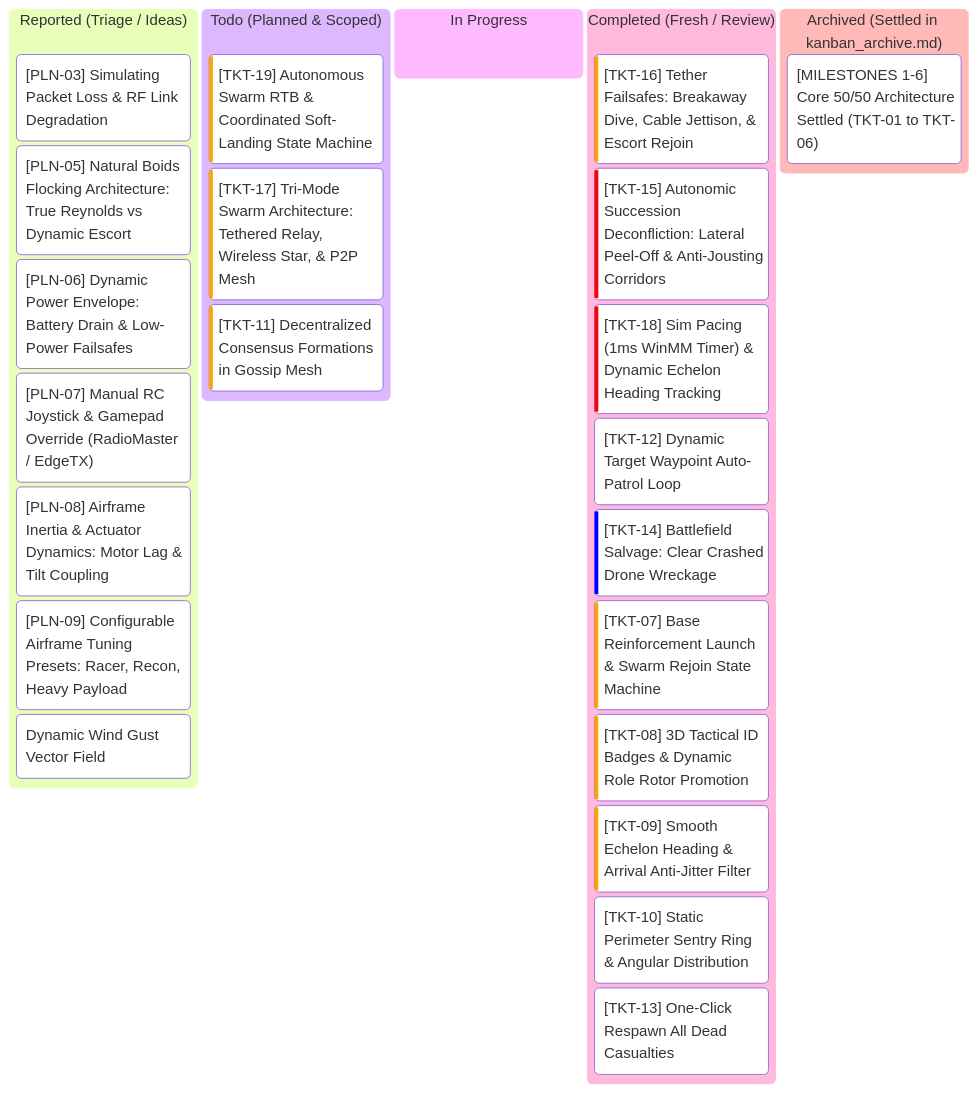
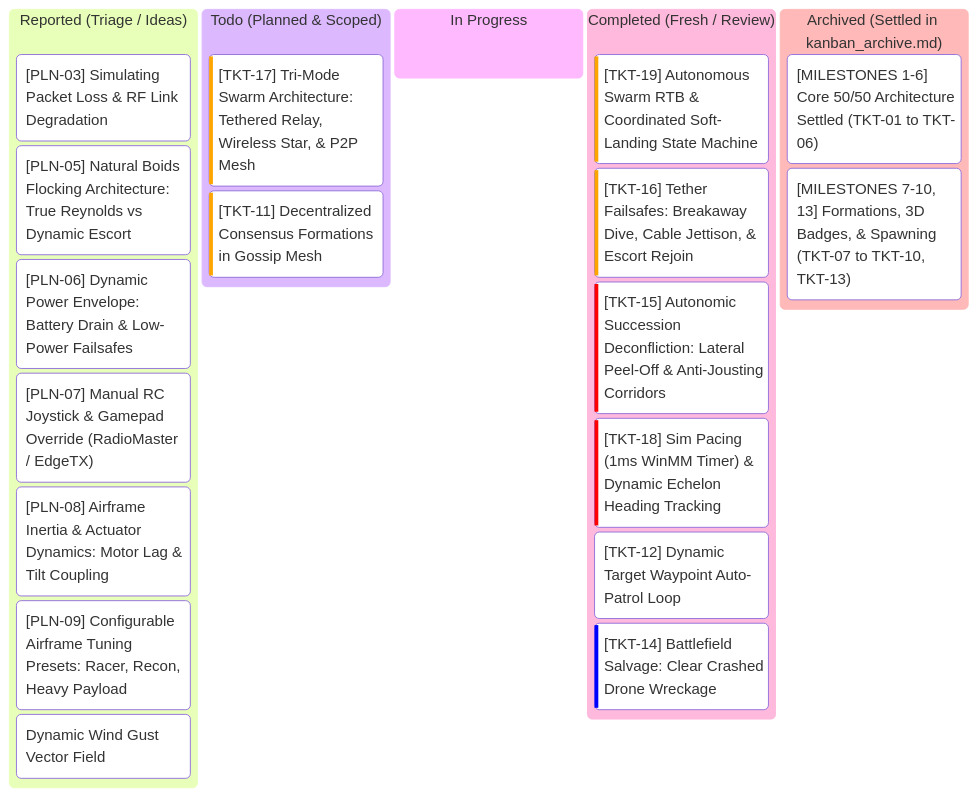
Before and after one commit to AlitheiaDeus/SwarmTech_v3-Uprising: the diagram in kanban.md, drawn with Mermaid. The commit also changed other lines of this file and 12 other files, not shown here.

First line of the commit message:
feat(recovery): implement TKT-19 autonomous swarm RTB and coordinated soft-landing

````diff
--- a/kanban.md
+++ b/kanban.md
@@ -7,29 +7,25 @@
 ```mermaid
 kanban
   reported["Reported (Triage / Ideas)"]
     pln3["[PLN-03] Simulating Packet Loss & RF Link Degradation"]
     pln5["[PLN-05] Natural Boids Flocking Architecture: True Reynolds vs Dynamic Escort"]
     pln6["[PLN-06] Dynamic Power Envelope: Battery Drain & Low-Power Failsafes"]
     pln7["[PLN-07] Manual RC Joystick & Gamepad Override (RadioMaster / EdgeTX)"]
     pln8["[PLN-08] Airframe Inertia & Actuator Dynamics: Motor Lag & Tilt Coupling"]
     pln9["[PLN-09] Configurable Airframe Tuning Presets: Racer, Recon, Heavy Payload"]
     idea1["Dynamic Wind Gust Vector Field"]
   todo["Todo (Planned & Scoped)"]
-    tkt19["[TKT-19] Autonomous Swarm RTB & Coordinated Soft-Landing State Machine"]@{ priority: 'High' }
     tkt17["[TKT-17] Tri-Mode Swarm Architecture: Tethered Relay, Wireless Star, & P2P Mesh"]@{ priority: 'High' }
     tkt11["[TKT-11] Decentralized Consensus Formations in Gossip Mesh"]@{ priority: 'High' }
   in_progress["In Progress"]
   completed["Completed (Fresh / Review)"]
+    tkt19["[TKT-19] Autonomous Swarm RTB & Coordinated Soft-Landing State Machine"]@{ priority: 'High' }
     tkt16["[TKT-16] Tether Failsafes: Breakaway Dive, Cable Jettison, & Escort Rejoin"]@{ priority: 'High' }
     tkt15["[TKT-15] Autonomic Succession Deconfliction: Lateral Peel-Off & Anti-Jousting Corridors"]@{ priority: 'Very High' }
     tkt18["[TKT-18] Sim Pacing (1ms WinMM Timer) & Dynamic Echelon Heading Tracking"]@{ priority: 'Very High' }
     tkt12["[TKT-12] Dynamic Target Waypoint Auto-Patrol Loop"]@{ priority: 'Medium' }
     tkt14["[TKT-14] Battlefield Salvage: Clear Crashed Drone Wreckage"]@{ priority: 'Low' }
-    tkt7["[TKT-07] Base Reinforcement Launch & Swarm Rejoin State Machine"]@{ priority: 'High' }
-    tkt8["[TKT-08] 3D Tactical ID Badges & Dynamic Role Rotor Promotion"]@{ priority: 'High' }
-    tkt9["[TKT-09] Smooth Echelon Heading & Arrival Anti-Jitter Filter"]@{ priority: 'High' }
-    tkt10["[TKT-10] Static Perimeter Sentry Ring & Angular Distribution"]@{ priority: 'Medium' }
-    tkt13["[TKT-13] One-Click Respawn All Dead Casualties"]@{ priority: 'Medium' }
   archived["Archived (Settled in kanban_archive.md)"]
     arch_m1_6["[MILESTONES 1-6] Core 50/50 Architecture Settled (TKT-01 to TKT-06)"]
+    arch_m7_10_13["[MILESTONES 7-10, 13] Formations, 3D Badges, & Spawning (TKT-07 to TKT-10, TKT-13)"]
 ```
````
